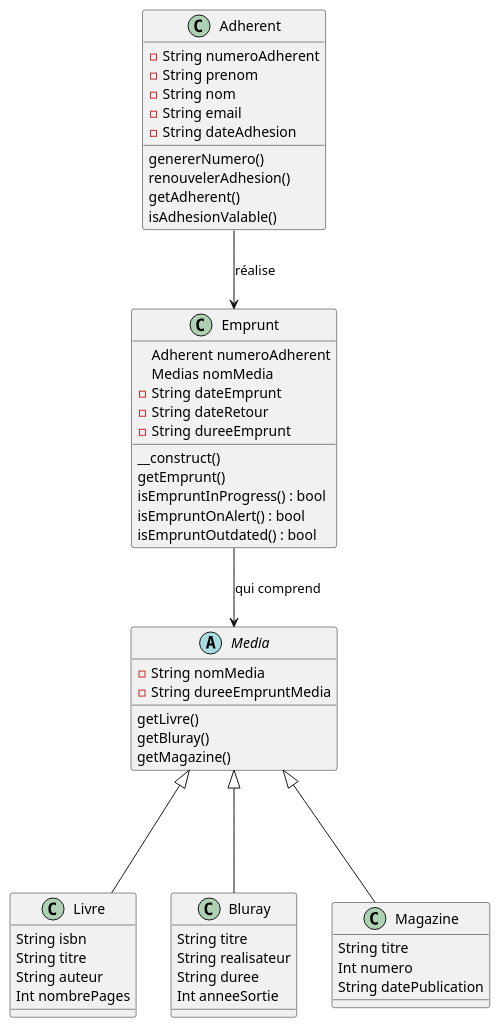
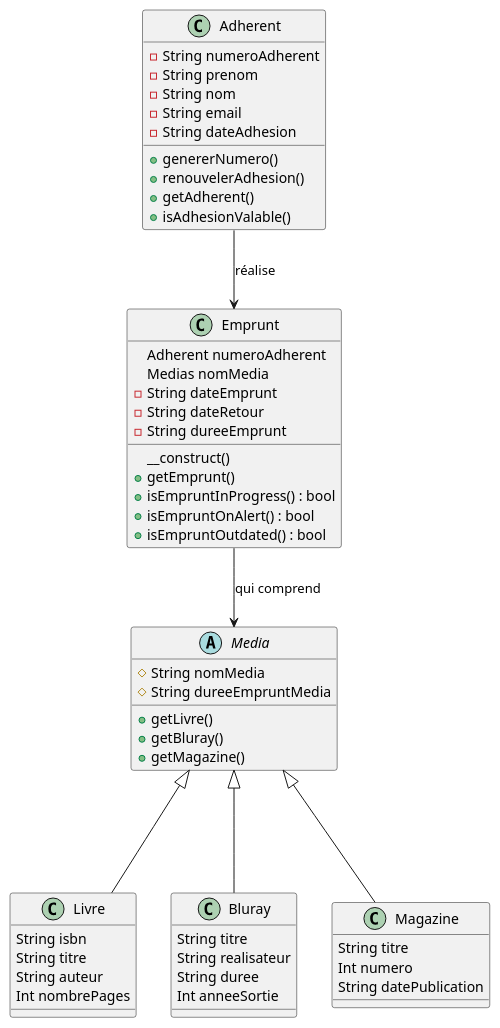
One commit to tysmaaa/php-biblio changed the diagram in documentation/diagramme de classe.puml. Above: the diagram before and after it, drawn with PlantUML. The commit also changed 6 other files, not shown here.

```diff
--- a/documentation/diagramme de classe.puml
+++ b/documentation/diagramme de classe.puml
@@ -1,68 +1,68 @@
 @startuml
 'https://plantuml.com/class-diagram
 
 class Adherent {
 -String numeroAdherent
 -String prenom
 -String nom
 -String email
 -String dateAdhesion
 
-genererNumero()
-renouvelerAdhesion()
-getAdherent()
-isAdhesionValable()
++genererNumero()
++renouvelerAdhesion()
++getAdherent()
++isAdhesionValable()
 }
 
 abstract Media {
--String nomMedia
--String dureeEmpruntMedia
+#String nomMedia
+#String dureeEmpruntMedia
 
-getLivre()
-getBluray()
-getMagazine()
++getLivre()
++getBluray()
++getMagazine()
 }
 
 class Livre {
 String isbn
 String titre
 String auteur
 Int nombrePages
 }
 
 class Bluray {
 String titre
 String realisateur
 String duree
 Int anneeSortie
 }
 
 class Magazine {
 String titre
 Int numero
 String datePublication
 }
 
 class Emprunt {
 Adherent numeroAdherent
 Medias nomMedia
 -String dateEmprunt
 -String dateRetour
 -String dureeEmprunt
 
 __construct()
-getEmprunt()
-isEmpruntInProgress() : bool
-isEmpruntOnAlert() : bool
-isEmpruntOutdated() : bool
++getEmprunt()
++isEmpruntInProgress() : bool
++isEmpruntOnAlert() : bool
++isEmpruntOutdated() : bool
 
 }
 
 Media <|--- Livre
 Media <|--- Bluray
 Media <|--- Magazine
 
 Adherent --> Emprunt : réalise
 Emprunt --> Media : qui comprend
 
 @enduml
```
